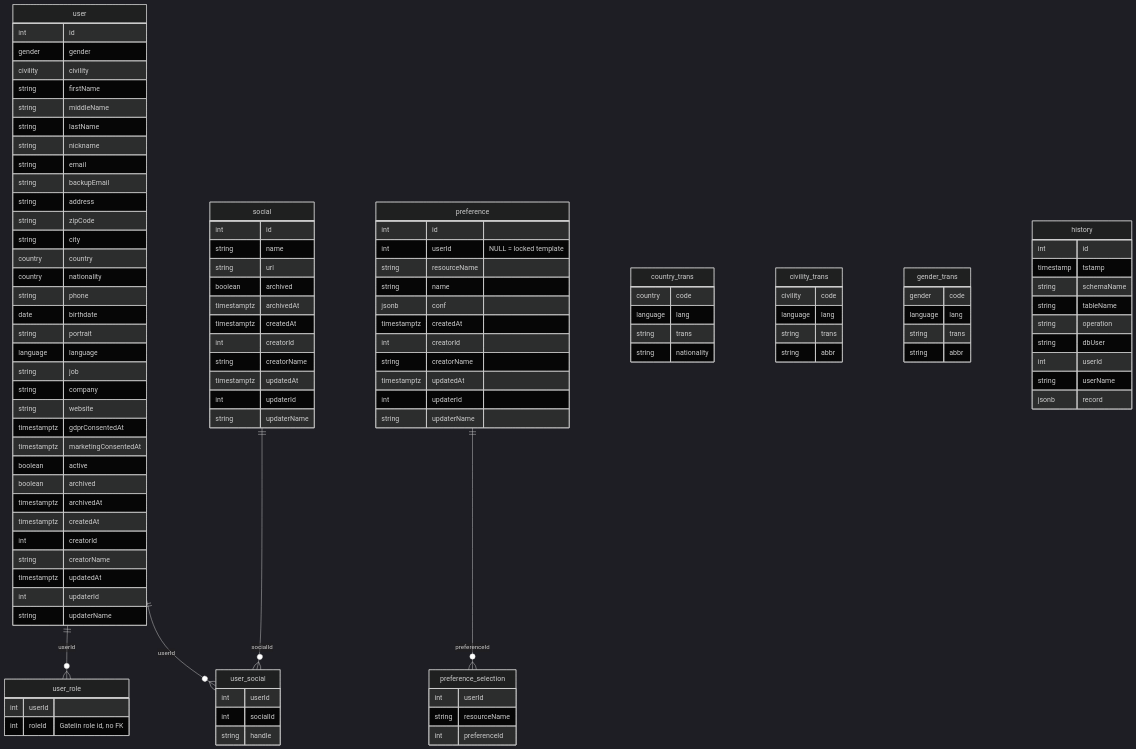
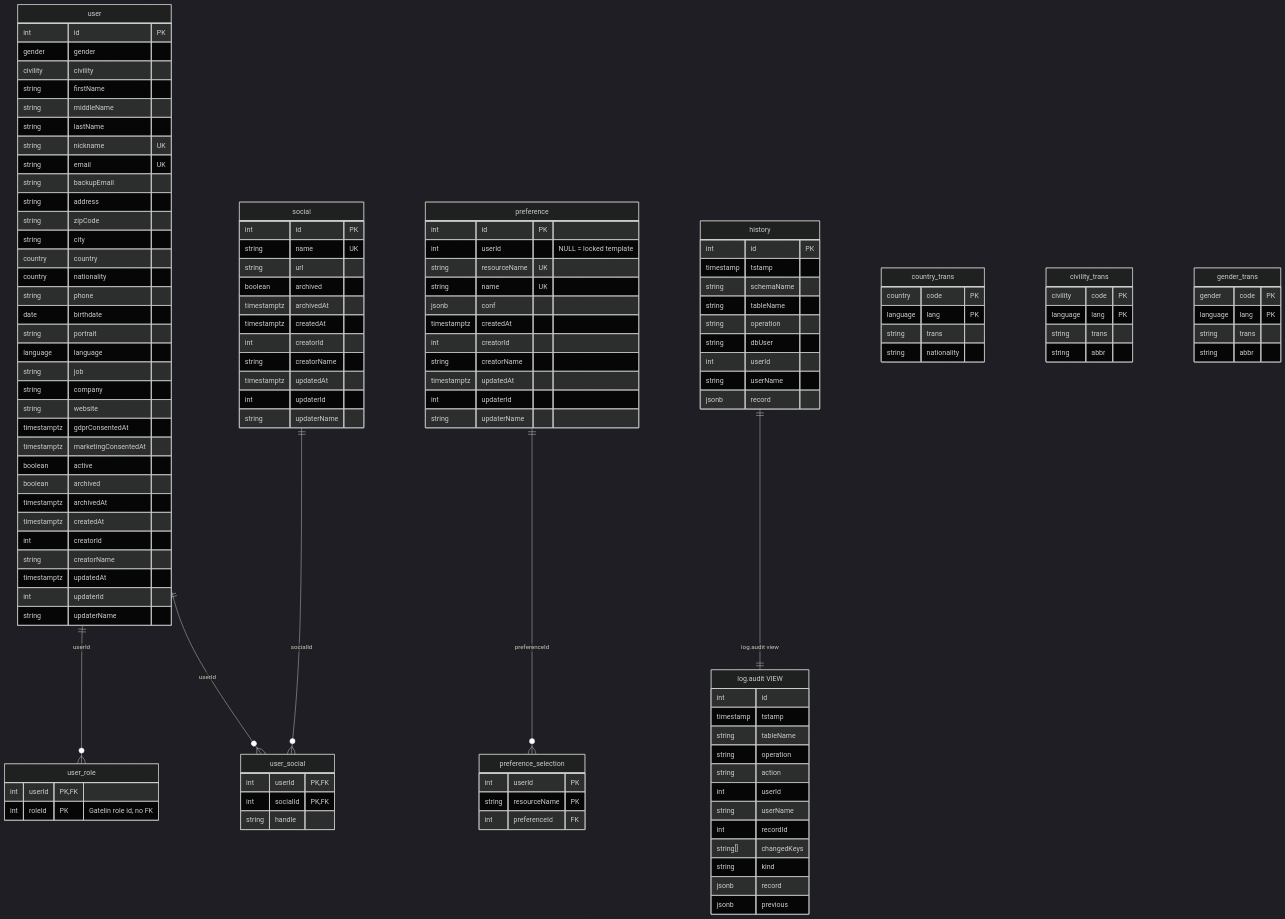
One commit to ALTEN-group/Megadex changed the diagram in doc/erd.md. Above: the diagram before and after it, drawn with Mermaid (dark theme). The commit also changed 445 other files, not shown here.

Commit message:
feat: align megadex with gatelin and foxnox standards

````diff
--- a/doc/erd.md
+++ b/doc/erd.md
@@ -1,6 +1,6 @@
 ```mermaid
 ---
-caption: Diagramme entité-relation de megadex
+caption: Entity Relationship Diagram - Megadex
 ---
 
 erDiagram
@@ -9,16 +9,17 @@
   user ||--o{ user_social : "userId"
   social ||--o{ user_social : "socialId"
   preference ||--o{ preference_selection : "preferenceId"
+  history ||--|| audit : "log.audit view"
 
   user {
-    int id
+    int id PK
     gender gender
     civility civility
     string firstName
     string middleName
     string lastName
-    string nickname
-    string email
+    string nickname UK
+    string email UK
     string backupEmail
     string address
     string zipCode
@@ -46,19 +47,19 @@
   }
 
   user_role {
-    int userId
-    int roleId "Gatelin role id, no FK"
+    int userId PK, FK
+    int roleId PK "Gatelin role id, no FK"
   }
 
   user_social {
-    int userId
-    int socialId
+    int userId PK, FK
+    int socialId PK, FK
     string handle
   }
 
   social {
-    int id
-    string name
+    int id PK
+    string name UK
     string url
     boolean archived
     timestamptz archivedAt
@@ -71,10 +72,10 @@
   }
 
   preference {
-    int id
+    int id PK
     int userId "NULL = locked template"
-    string resourceName
-    string name
+    string resourceName UK
+    string name UK
     jsonb conf
     timestamptz createdAt
     int creatorId
@@ -85,34 +86,34 @@
   }
 
   preference_selection {
-    int userId
-    string resourceName
-    int preferenceId
+    int userId PK
+    string resourceName PK
+    int preferenceId FK
   }
 
   country_trans {
-    country code
-    language lang
+    country code PK
+    language lang PK
     string trans
     string nationality
   }
 
   civility_trans {
-    civility code
-    language lang
+    civility code PK
+    language lang PK
     string trans
     string abbr
   }
 
   gender_trans {
-    gender code
-    language lang
+    gender code PK
+    language lang PK
     string trans
     string abbr
   }
 
   history {
-    int id
+    int id PK
     timestamp tstamp
     string schemaName
     string tableName
@@ -123,4 +124,19 @@
     jsonb record
   }
 
+  audit["log.audit VIEW"] {
+    int id
+    timestamp tstamp
+    string tableName
+    string operation
+    string action
+    int userId
+    string userName
+    int recordId
+    string[] changedKeys
+    string kind
+    jsonb record
+    jsonb previous
+  }
+
 ```
````
